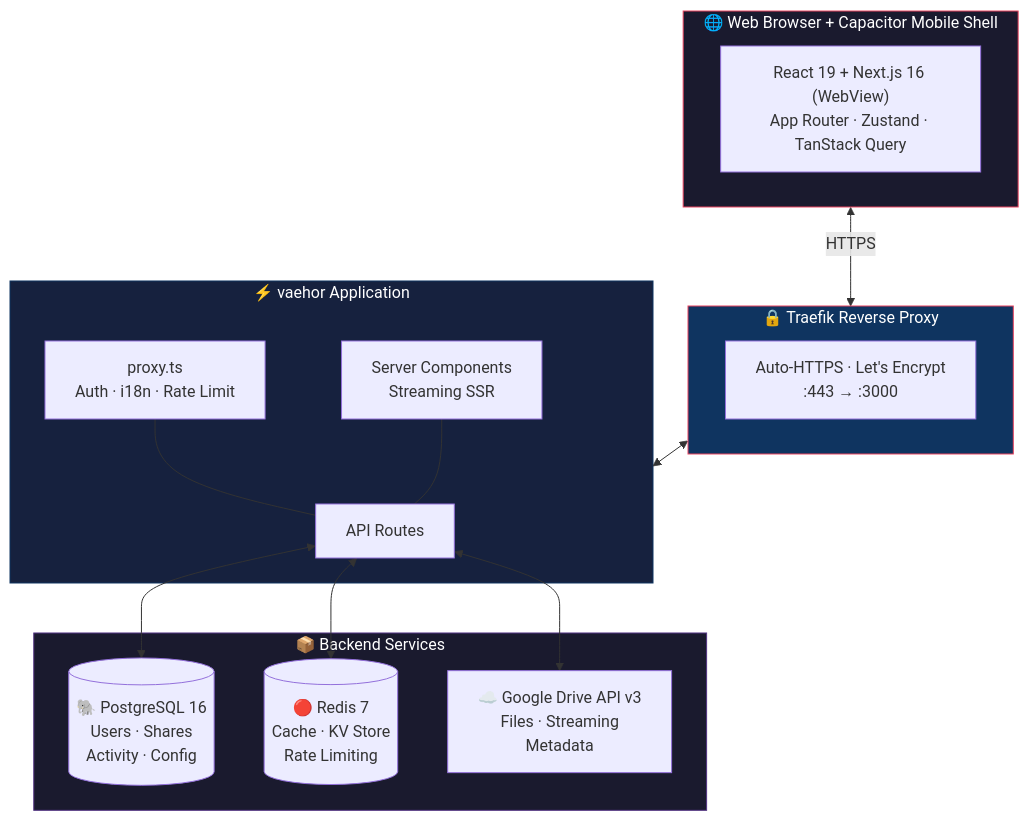
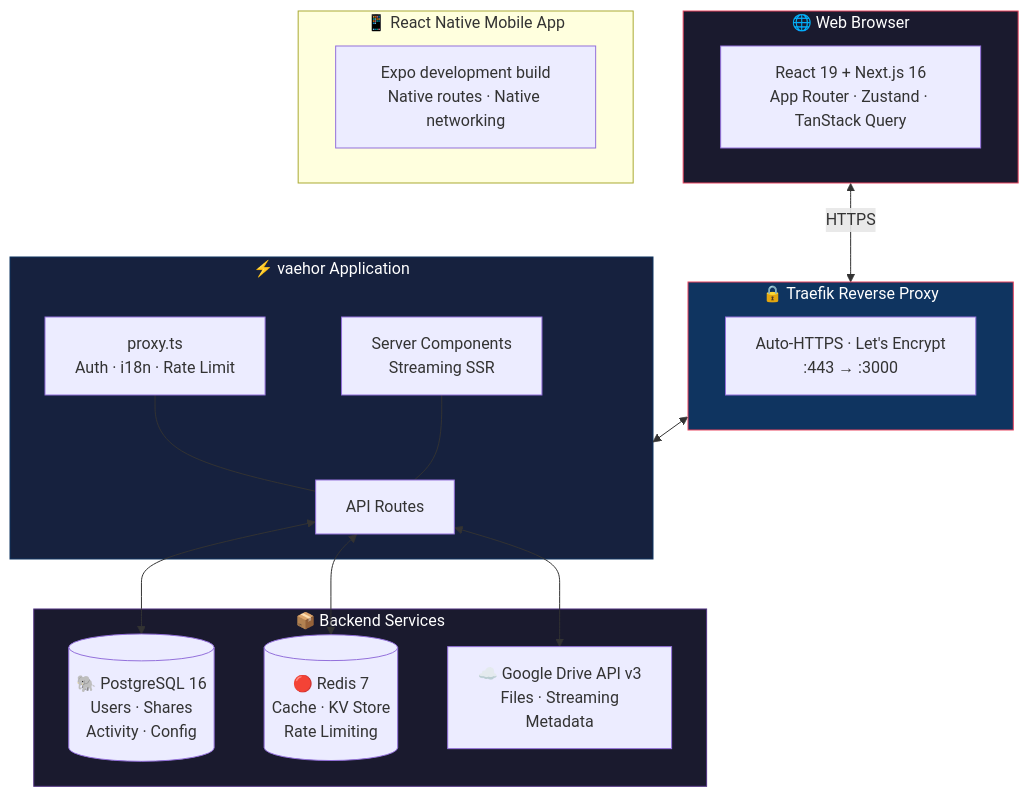
Before and after one commit to dytsou/vaehor: the diagram in README.md, drawn with Mermaid. The commit also changed other lines of this file and 176 other files, not shown here.

Commit message:
feat(mobile): establish Expo React Native foundation

````diff
--- a/README.md
+++ b/README.md
@@ -204,35 +202,39 @@
 ```mermaid
 flowchart TB
-    subgraph CLIENT["🌐 Web Browser + Capacitor Mobile Shell"]
-        A["React 19 + Next.js 16 (WebView)\nApp Router · Zustand · TanStack Query"]
+    subgraph CLIENT["🌐 Web Browser"]
+        A["React 19 + Next.js 16\nApp Router · Zustand · TanStack Query"]
+    end
+
+    subgraph MOBILE["📱 React Native Mobile App"]
+        M["Expo development build\nNative routes · Native networking"]
     end
 
     subgraph TRAEFIK["🔒 Traefik Reverse Proxy"]
         B["Auto-HTTPS · Let's Encrypt\n:443 → :3000"]
     end
 
     subgraph APP["⚡ vaehor Application"]
         C["API Routes"]
         D["proxy.ts\nAuth · i18n · Rate Limit"]
         E["Server Components\nStreaming SSR"]
     end
 
     subgraph SERVICES["📦 Backend Services"]
         F[("🐘 PostgreSQL 16\nUsers · Shares\nActivity · Config")]
         G[("🔴 Redis 7\nCache · KV Store\nRate Limiting")]
         H["☁️ Google Drive API v3\nFiles · Streaming\nMetadata"]
     end
 
     CLIENT <-->|HTTPS| TRAEFIK
     TRAEFIK <--> APP
     C <--> F
     C <--> G
     C <--> H
     D --- C
     E --- C
 
     style CLIENT fill:#1a1a2e,stroke:#e94560,color:#fff
     style TRAEFIK fill:#0f3460,stroke:#e94560,color:#fff
     style APP fill:#16213e,stroke:#0f3460,color:#fff
     style SERVICES fill:#1a1a2e,stroke:#533483,color:#fff
 ```
````
